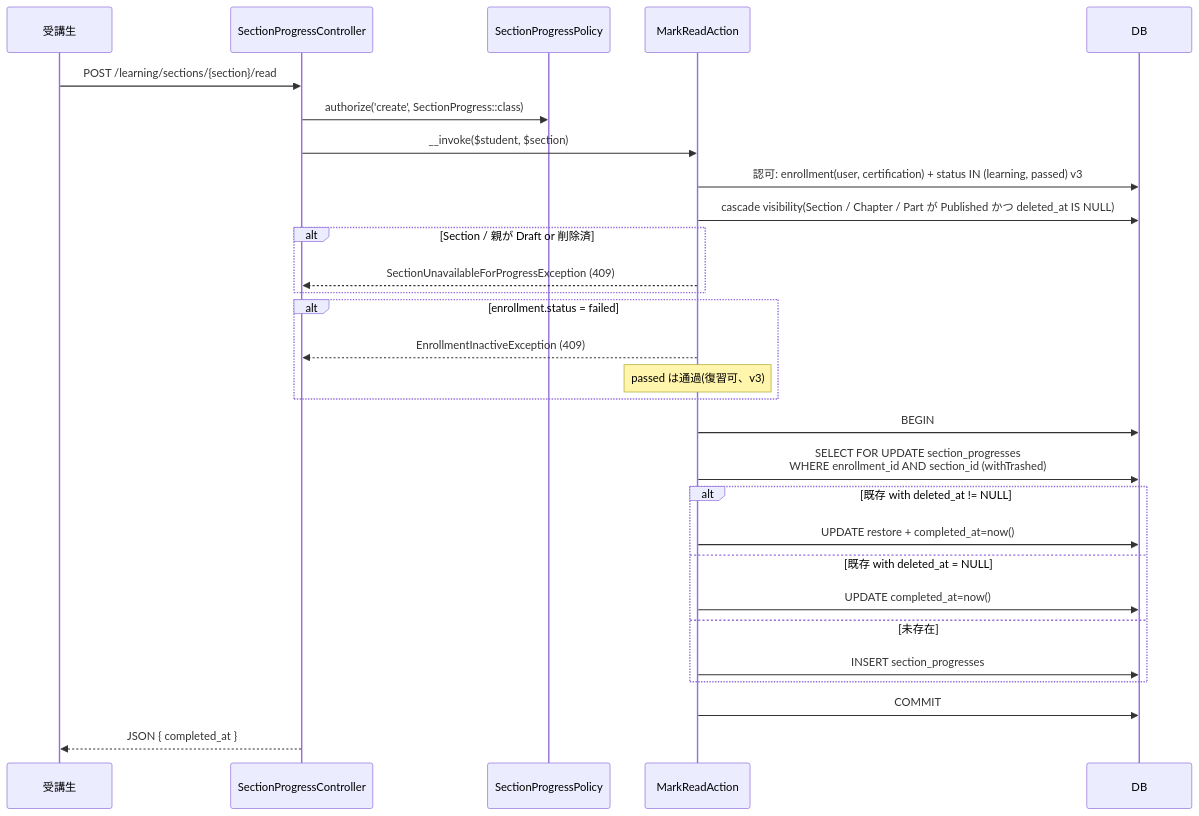
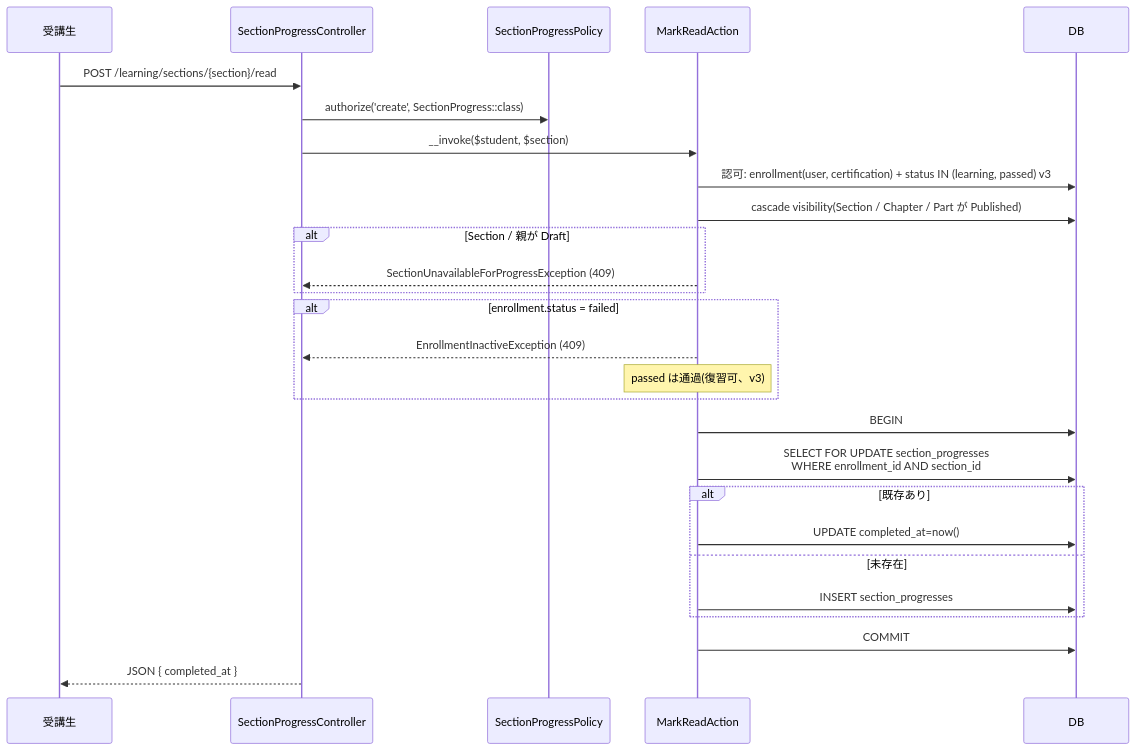
One commit to coachtech-mockcase-second/ExampleAnswer-mockcase-CertifyLMS changed the third of 5 diagrams in docs/specs/learning/design.md. Above: the diagram before and after it, drawn with Mermaid. The commit also changed other lines of this file and 202 other files, not shown here.

````diff
--- a/docs/specs/learning/design.md
+++ b/docs/specs/learning/design.md
@@ -89,32 +89,30 @@
 ```mermaid
 sequenceDiagram
     participant Student as 受講生
     participant SPC as SectionProgressController
     participant Pol as SectionProgressPolicy
     participant MA as MarkReadAction
     participant DB as DB
 
     Student->>SPC: POST /learning/sections/{section}/read
     SPC->>Pol: authorize('create', SectionProgress::class)
     SPC->>MA: __invoke($student, $section)
     MA->>DB: 認可: enrollment(user, certification) + status IN (learning, passed) v3
-    MA->>DB: cascade visibility(Section / Chapter / Part が Published かつ deleted_at IS NULL)
-    alt Section / 親が Draft or 削除済
+    MA->>DB: cascade visibility(Section / Chapter / Part が Published)
+    alt Section / 親が Draft
         MA-->>SPC: SectionUnavailableForProgressException (409)
     end
     alt enrollment.status = failed
         MA-->>SPC: EnrollmentInactiveException (409)
         Note over MA: passed は通過(復習可、v3)
     end
     MA->>DB: BEGIN
-    MA->>DB: SELECT FOR UPDATE section_progresses<br/>WHERE enrollment_id AND section_id (withTrashed)
-    alt 既存 with deleted_at != NULL
-        MA->>DB: UPDATE restore + completed_at=now()
-    else 既存 with deleted_at = NULL
+    MA->>DB: SELECT FOR UPDATE section_progresses<br/>WHERE enrollment_id AND section_id
+    alt 既存あり
         MA->>DB: UPDATE completed_at=now()
     else 未存在
         MA->>DB: INSERT section_progresses
     end
     MA->>DB: COMMIT
     SPC-->>Student: JSON { completed_at }
 ```
````
